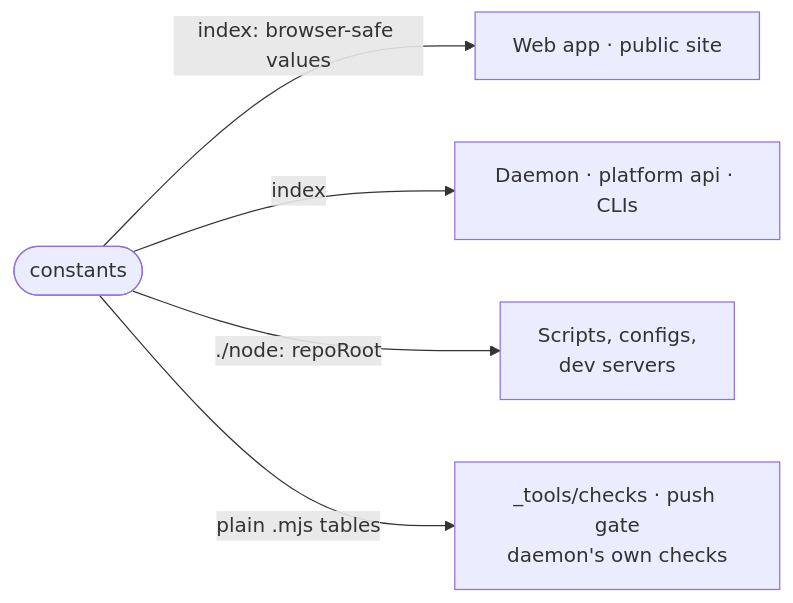
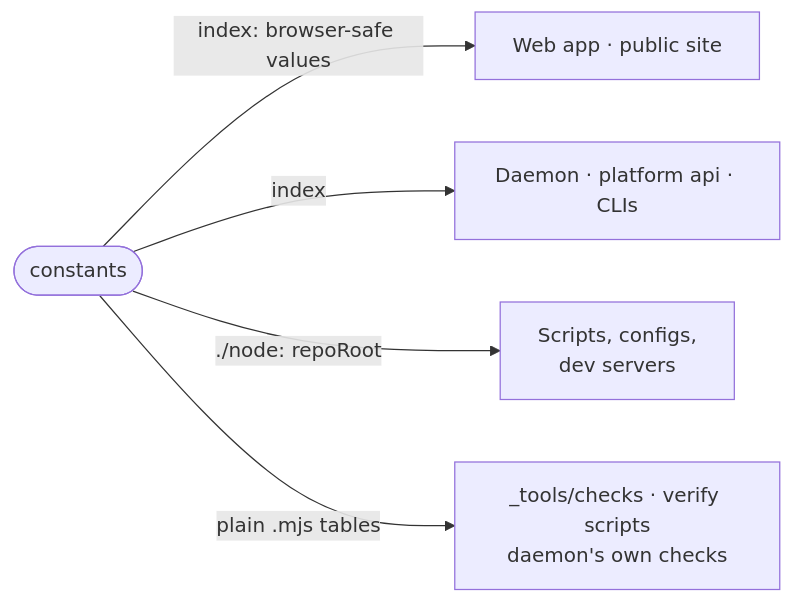
Before and after one commit to intentic/intentic: the diagram in _tools/constants/README.md, drawn with Mermaid. The commit also changed other lines of this file and 178 other files, not shown here.

````diff
--- a/_tools/constants/README.md
+++ b/_tools/constants/README.md
@@ -5,8 +5,8 @@
 ```mermaid
 flowchart LR
     c(["constants"])
     c -->|"index: browser-safe values"| web["Web app · public site"]
     c -->|"index"| daemon["Daemon · platform api · CLIs"]
     c -->|"./node: repoRoot"| scripts["Scripts, configs,<br/>dev servers"]
-    c -->|"plain .mjs tables"| gates["_tools/checks · push gate<br/>daemon's own checks"]
+    c -->|"plain .mjs tables"| gates["_tools/checks · verify scripts<br/>daemon's own checks"]
 ```
````
